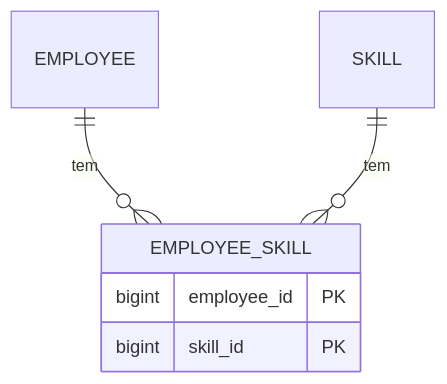
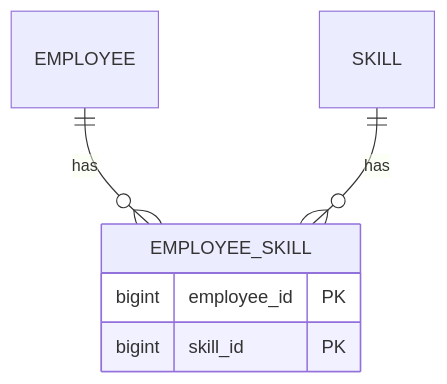
Before and after one commit to alancesar/design-patterns: the diagram in docs/application/poeaa/object-relational-structural/association-table-mapping.md, drawn with Mermaid. The commit also changed 258 other files, not shown here.

First line of the commit message:
Translate Mermaid diagrams to English

````diff
--- a/docs/application/poeaa/object-relational-structural/association-table-mapping.md
+++ b/docs/application/poeaa/object-relational-structural/association-table-mapping.md
@@ -49,9 +49,9 @@
 ```mermaid
 erDiagram
-    EMPLOYEE ||--o{ EMPLOYEE_SKILL : tem
-    SKILL ||--o{ EMPLOYEE_SKILL : tem
+    EMPLOYEE ||--o{ EMPLOYEE_SKILL : has
+    SKILL ||--o{ EMPLOYEE_SKILL : has
     EMPLOYEE_SKILL {
         bigint employee_id PK
         bigint skill_id PK
     }
 ```
````
